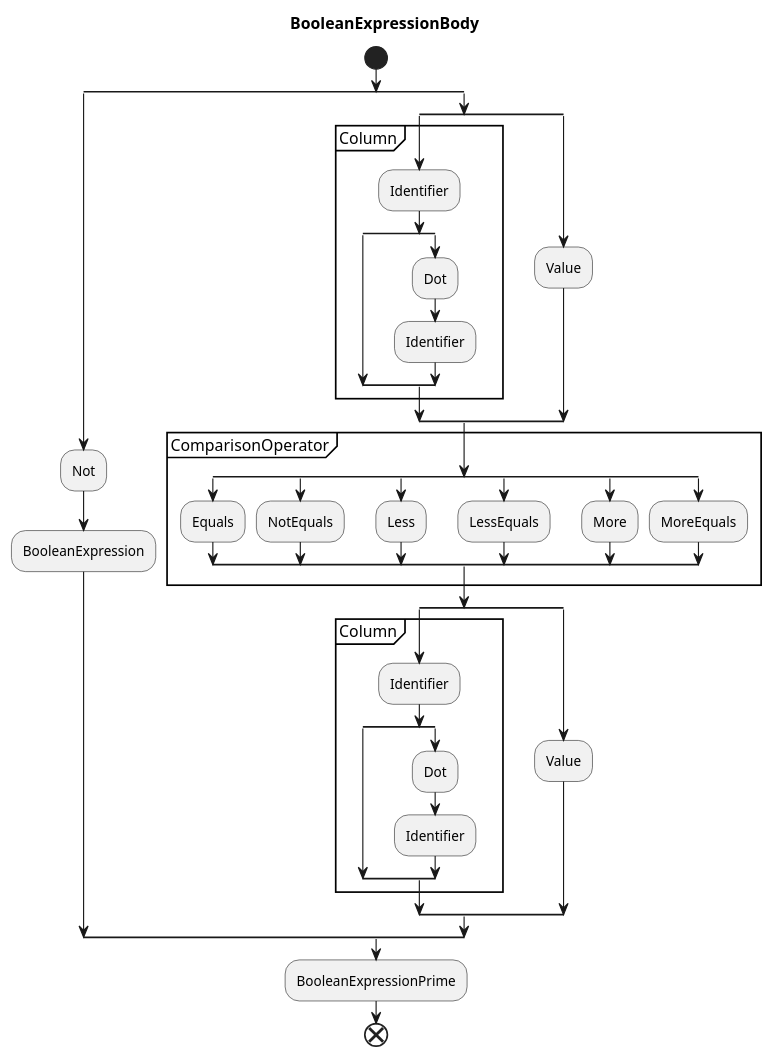
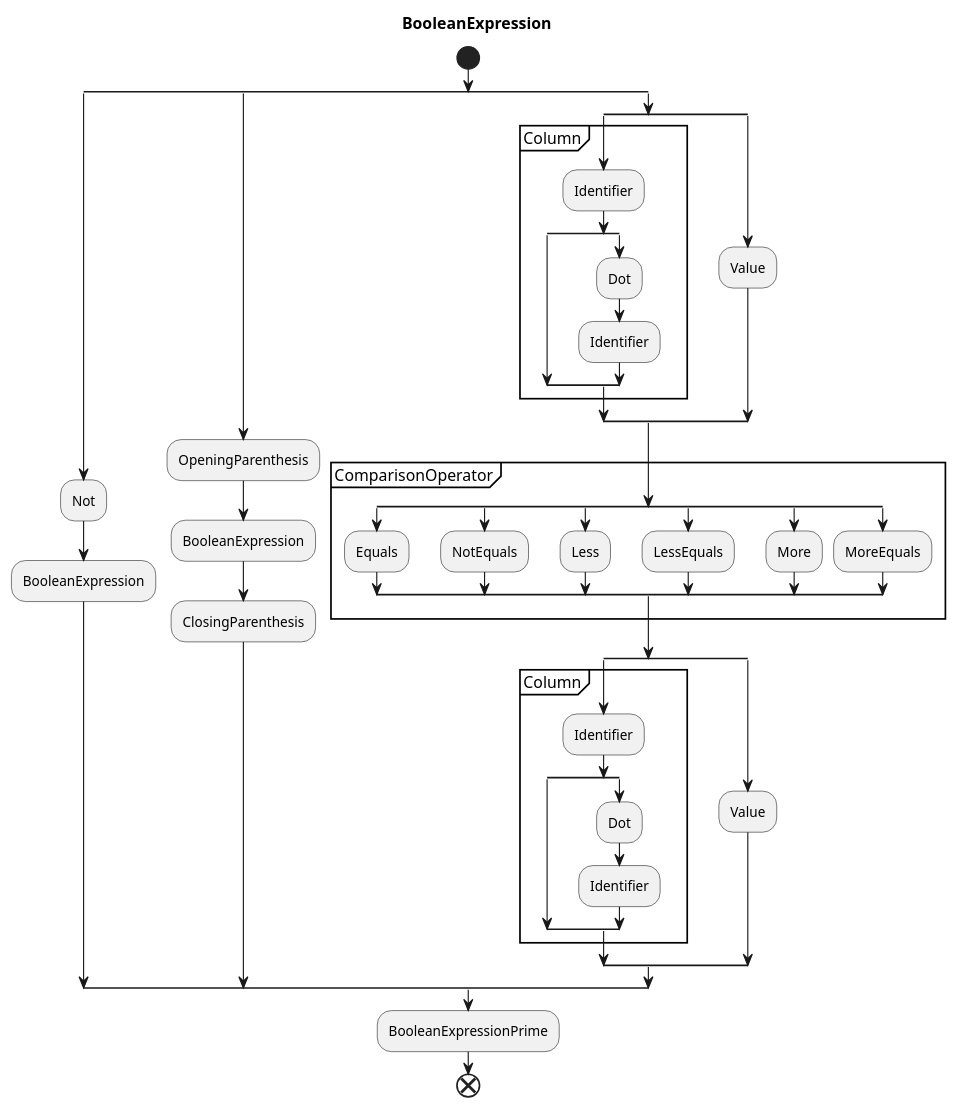
The third of 4 diagrams in dbms/query_lang_compiler_notes.md (lichterberci/rust_learning), drawn with PlantUML before and after one commit. The commit also changed other lines of this file and 2 other files, not shown here.

Commit message:
boolean expression checks are correct now ^^)

````diff
--- a/dbms/query_lang_compiler_notes.md
+++ b/dbms/query_lang_compiler_notes.md
@@ -152,53 +136,57 @@
 ```plantuml
 @startuml boolean expression
-title BooleanExpressionBody
+title BooleanExpression
 start
 split
 :Not;
 :BooleanExpression;
+split again
+:OpeningParenthesis;
+:BooleanExpression;
+:ClosingParenthesis;
 split again
 split
 partition Column {
 :Identifier;
 split
 split again
 :Dot;
 :Identifier;
 end split
 }
 split again 
 :Value;
 end split
 partition ComparisonOperator {
 split
 :Equals;
 split again
 :NotEquals;
 split again
 :Less;
 split again
 :LessEquals;
 split again
 :More;
 split again
 :MoreEquals;
 end split
 }
 split
 partition Column {
 :Identifier;
 split
 split again
 :Dot;
 :Identifier;
 end split
 }
 
 split again 
 :Value;
 end split
 end split
 :BooleanExpressionPrime;
 end
 @enduml
 ```
````
